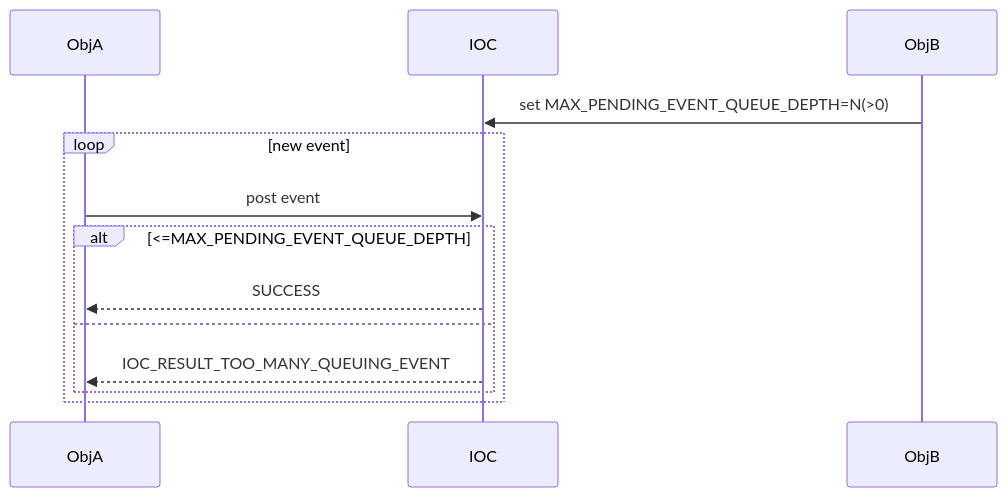
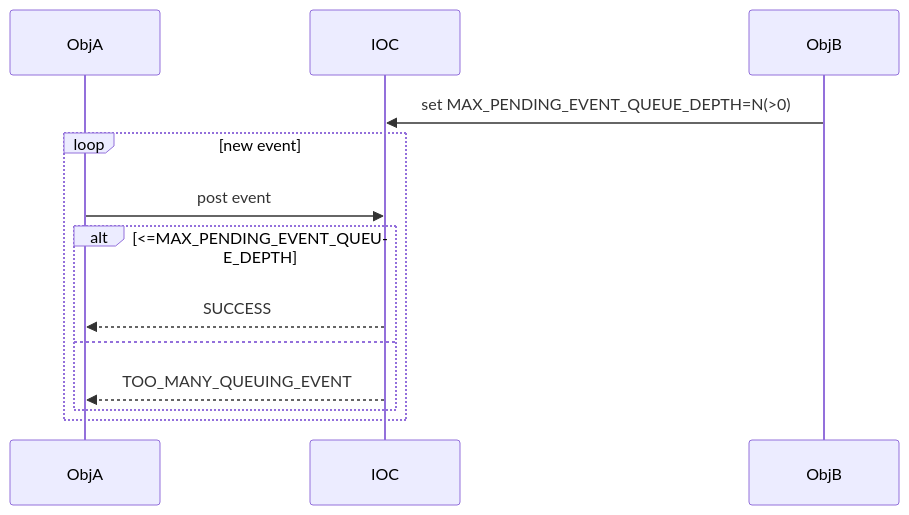
Before and after one commit to EnigmaWU/MyIOC_inTDD_withGHC: the fifth of 8 diagrams in README_UseCase.md, drawn with Mermaid. The commit also changed other lines of this file, not shown here.

Commit message:
Update README_UseCase.md to improve clarity and readability

````diff
--- a/README_UseCase.md
+++ b/README_UseCase.md
@@ -89,15 +89,15 @@
 ```mermaid
 sequenceDiagram
     participant ObjA
     participant IOC
     participant ObjB
     ObjB->>IOC: set MAX_PENDING_EVENT_QUEUE_DEPTH=N(>0)
     loop new event
         ObjA->>IOC: post event
         alt <=MAX_PENDING_EVENT_QUEUE_DEPTH
             IOC-->>ObjA: SUCCESS
         else
-            IOC-->>ObjA: IOC_RESULT_TOO_MANY_QUEUING_EVENT
+            IOC-->>ObjA: TOO_MANY_QUEUING_EVENT
         end
     end
 ```
````
